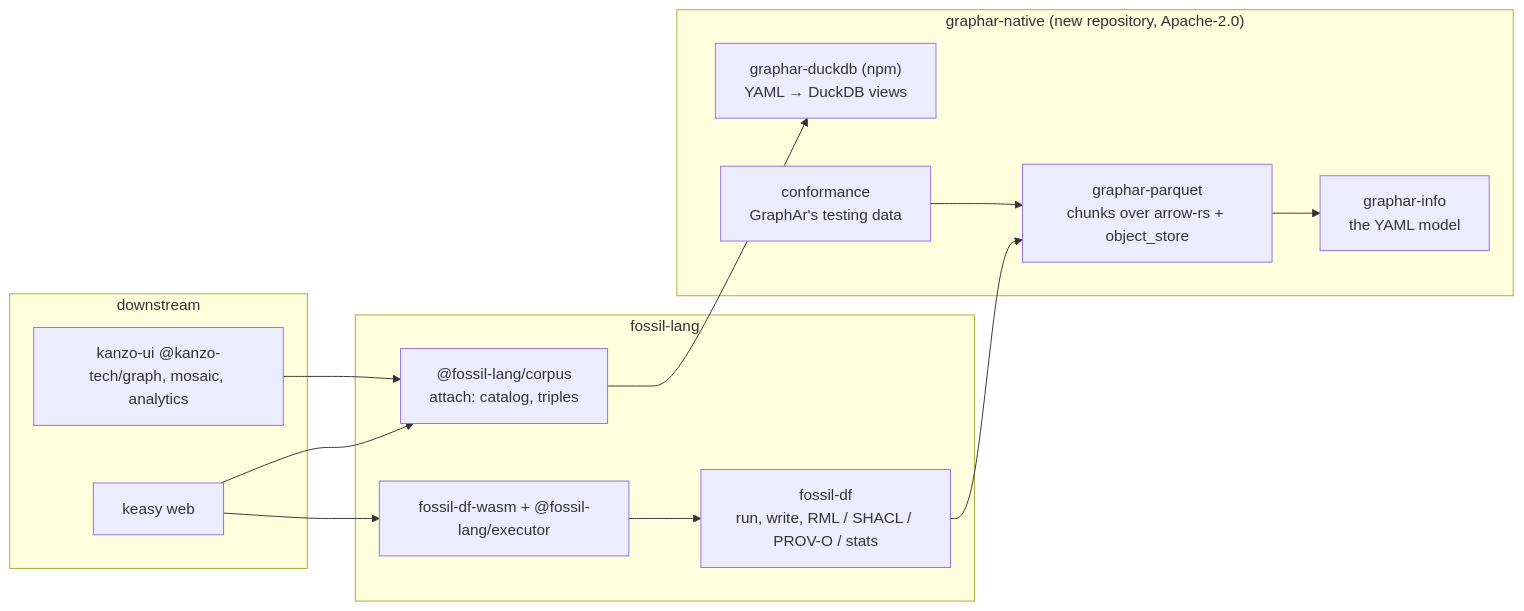
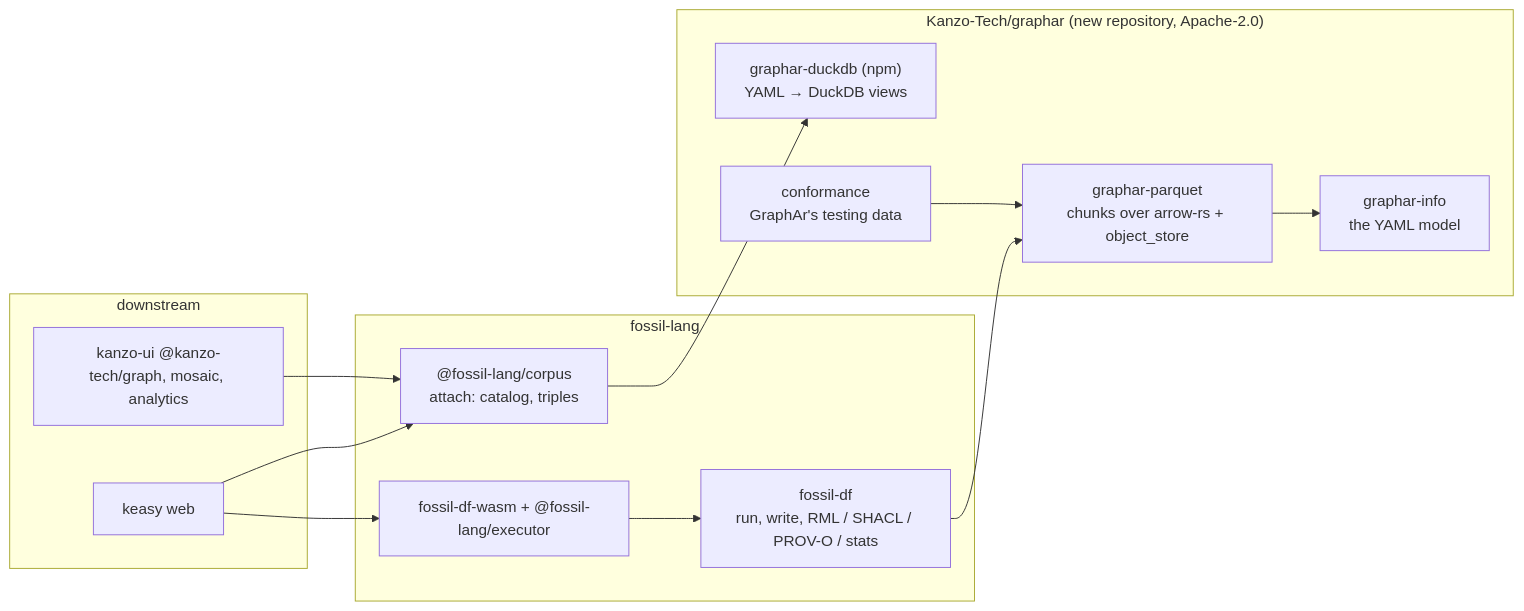
Before and after one commit to Kanzo-Tech/fossil-lang: the diagram in docs/content/docs/design/graphar.mdx, drawn with Mermaid. The commit also changed other lines of this file, not shown here.

First line of the commit message:
docs(design): name the GraphAr repository Kanzo-Tech/graphar

````diff
--- a/docs/content/docs/design/graphar.mdx
+++ b/docs/content/docs/design/graphar.mdx
@@ -36,26 +36,26 @@
 ```mermaid
 flowchart LR
-  subgraph G["graphar-native (new repository, Apache-2.0)"]
+  subgraph G["Kanzo-Tech/graphar (new repository, Apache-2.0)"]
     info["graphar-info<br/>the YAML model"]
     pq["graphar-parquet<br/>chunks over arrow-rs + object_store"]
     js["graphar-duckdb (npm)<br/>YAML → DuckDB views"]
     conf["conformance<br/>GraphAr's testing data"]
   end
   subgraph F["fossil-lang"]
     df["fossil-df<br/>run, write, RML / SHACL / PROV-O / stats"]
     dfw["fossil-df-wasm + @fossil-lang/executor"]
     corpus["@fossil-lang/corpus<br/>attach: catalog, triples"]
   end
   subgraph D["downstream"]
     ui["kanzo-ui @kanzo-tech/graph, mosaic, analytics"]
     keasy["keasy web"]
   end
   pq --> info
   conf --> pq
   df --> pq
   dfw --> df
   corpus --> js
   ui --> corpus
   keasy --> corpus
   keasy --> dfw
 ```
````
